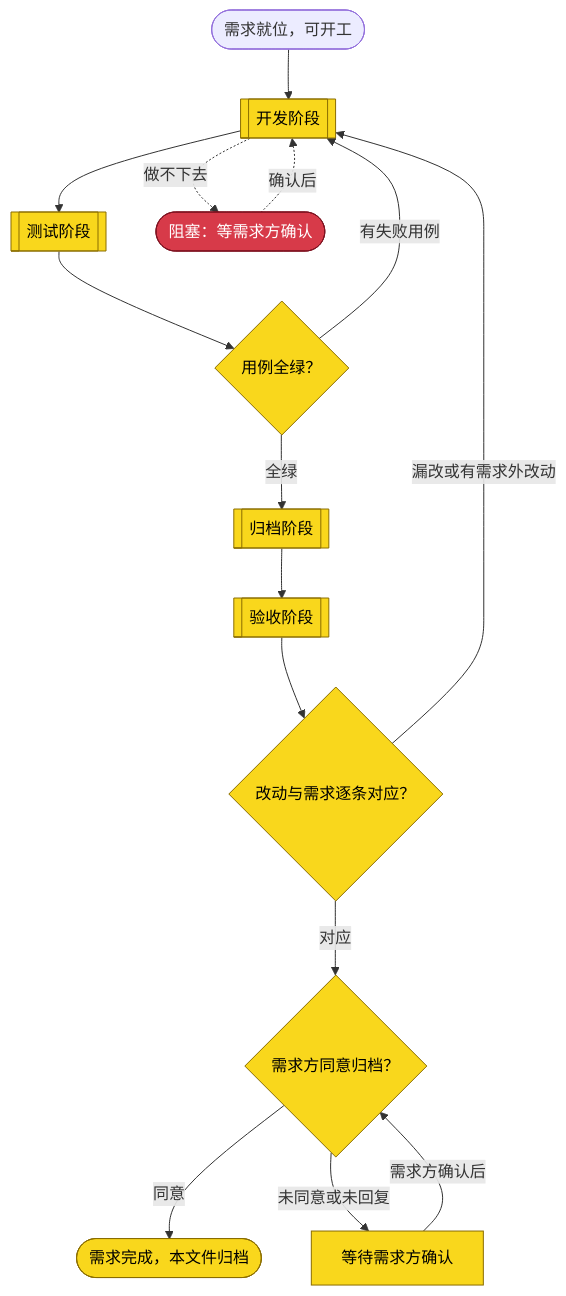
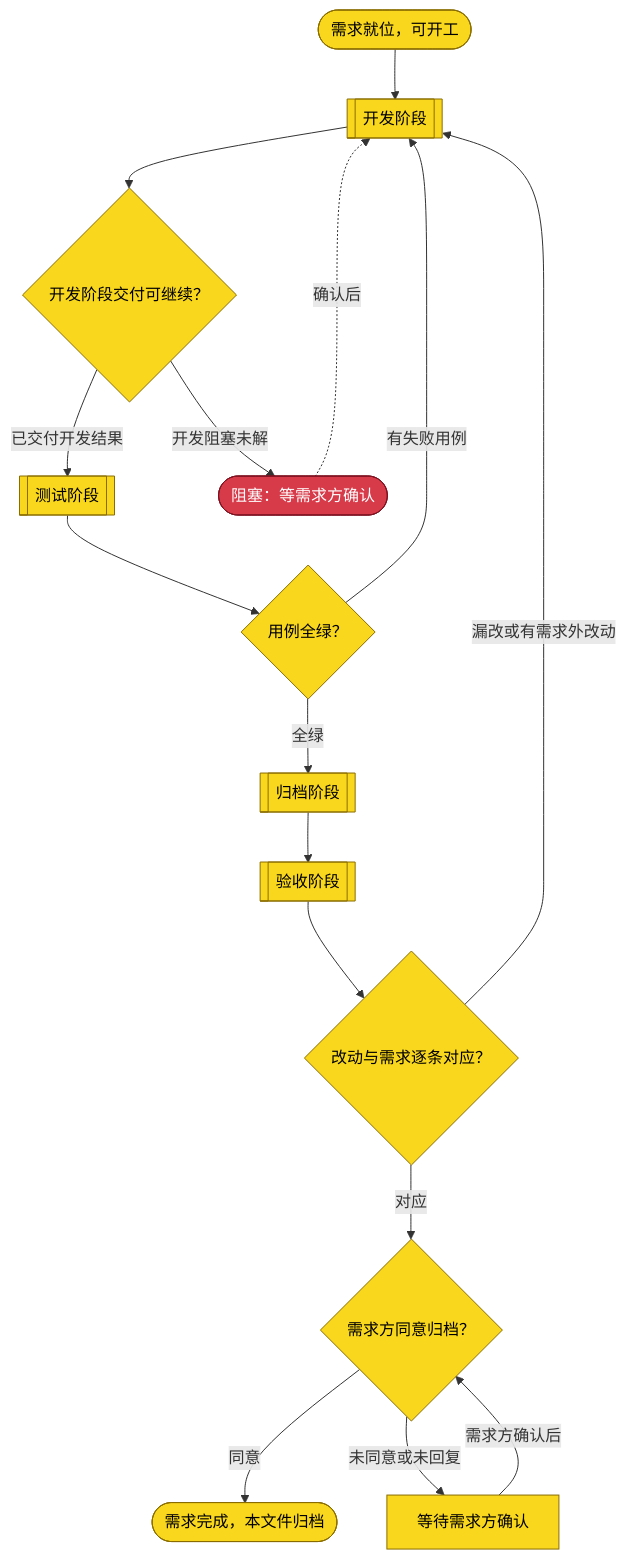
Before and after one commit to yunjies/knowledge-base: the first of 5 diagrams in assets/inbox/template.md, drawn with Mermaid. The commit also changed other lines of this file and 3 other files, not shown here.

````diff
--- a/assets/inbox/template.md
+++ b/assets/inbox/template.md
@@ -14,23 +14,24 @@
 ```mermaid
 flowchart TB
   START(["需求就位，可开工"]) --> DEVELOP[["开发阶段"]]
-  DEVELOP --> TEST[["测试阶段"]]
+  DEVELOP --> DEV_GATE{"开发阶段交付可继续？"}
+  DEV_GATE -->|"已交付开发结果"| TEST[["测试阶段"]]
+  DEV_GATE -->|"开发阻塞未解"| BLOCKED(["阻塞：等需求方确认"])
   TEST --> TEST_GATE{"用例全绿？"}
   TEST_GATE -->|"全绿"| ARCHIVE[["归档阶段"]]
   TEST_GATE -->|"有失败用例"| DEVELOP
   ARCHIVE --> ACCEPT[["验收阶段"]]
   ACCEPT --> ACCEPT_GATE{"改动与需求逐条对应？"}
   ACCEPT_GATE -->|"对应"| REQUESTER_APPROVAL{"需求方同意归档？"}
   ACCEPT_GATE -->|"漏改或有需求外改动"| DEVELOP
   REQUESTER_APPROVAL -->|"同意"| DONE(["需求完成，本文件归档"])
   REQUESTER_APPROVAL -->|"未同意或未回复"| APPROVAL_WAIT["等待需求方确认"]
   APPROVAL_WAIT -->|"需求方确认后"| REQUESTER_APPROVAL
-  DEVELOP -.->|"做不下去"| BLOCKED(["阻塞：等需求方确认"])
   BLOCKED -.->|"确认后"| DEVELOP
 
   classDef todo fill:#f9d71c,stroke:#8a6d00,color:#000
   classDef done fill:#2ea043,stroke:#0b4a1b,color:#fff
   classDef stuck fill:#d73a49,stroke:#7d1220,color:#fff
-  class DEVELOP,TEST,ARCHIVE,ACCEPT,TEST_GATE,ACCEPT_GATE,REQUESTER_APPROVAL,APPROVAL_WAIT,DONE todo
+  class START,DEVELOP,DEV_GATE,TEST,ARCHIVE,ACCEPT,TEST_GATE,ACCEPT_GATE,REQUESTER_APPROVAL,APPROVAL_WAIT,DONE todo
   class BLOCKED stuck
 ```
````
